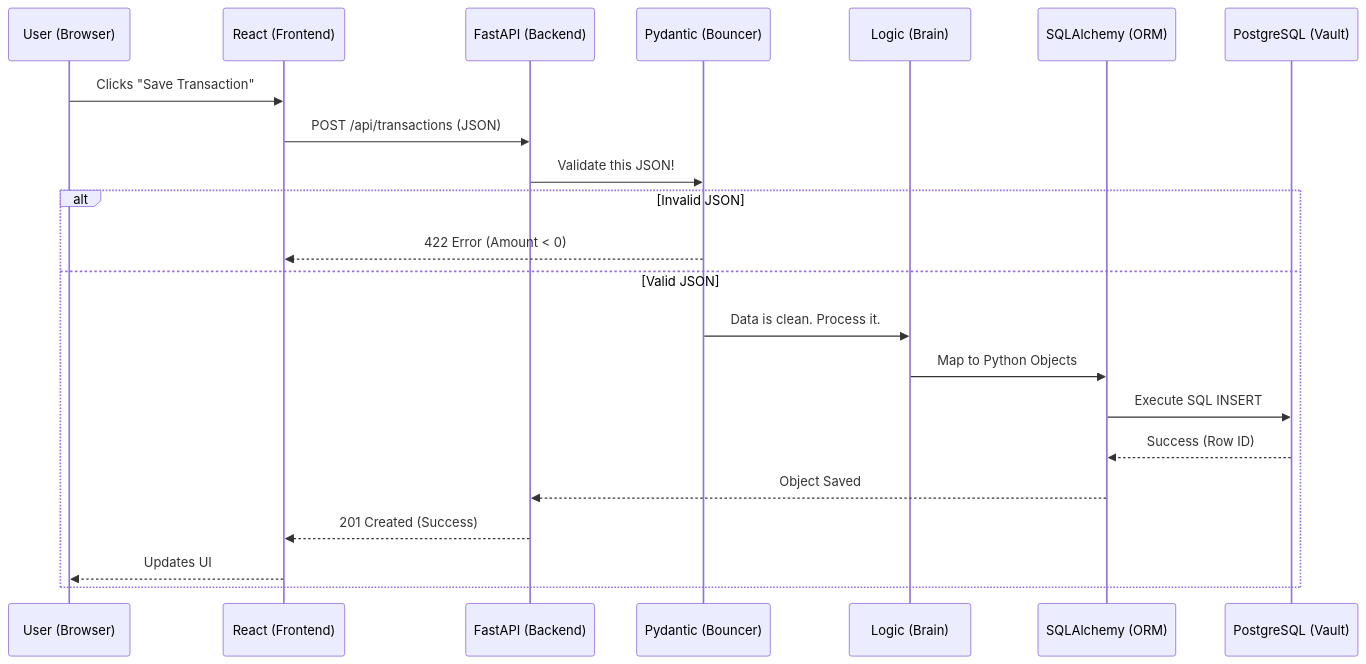
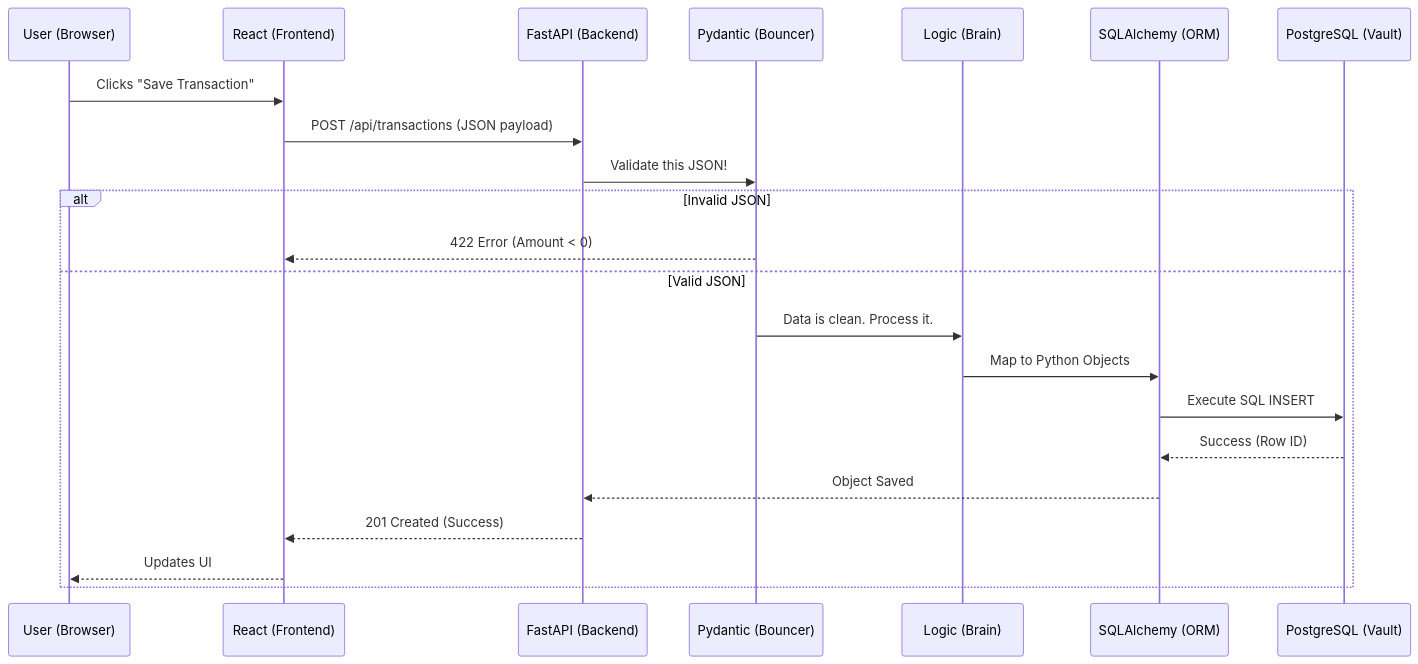
Before and after one commit to vvkb24/LedgerFlow: the diagram in Docs/engineering_overview.md, drawn with Mermaid. The commit also changed other lines of this file, not shown here.

````diff
--- a/Docs/engineering_overview.md
+++ b/Docs/engineering_overview.md
@@ -13,25 +13,25 @@
 ```mermaid
 sequenceDiagram
     participant U as User (Browser)
     participant R as React (Frontend)
     participant F as FastAPI (Backend)
     participant P as Pydantic (Bouncer)
     participant L as Logic (Brain)
     participant S as SQLAlchemy (ORM)
     participant DB as PostgreSQL (Vault)
 
     U->>R: Clicks "Save Transaction"
-    R->>F: POST /api/transactions (JSON)
+    R->>F: POST /api/transactions (JSON payload)
     F->>P: Validate this JSON!
     alt Invalid JSON
         P-->>R: 422 Error (Amount < 0)
     else Valid JSON
         P->>L: Data is clean. Process it.
         L->>S: Map to Python Objects
         S->>DB: Execute SQL INSERT
         DB-->>S: Success (Row ID)
         S-->>F: Object Saved
         F-->>R: 201 Created (Success)
         R-->>U: Updates UI
     end
 ```
````
